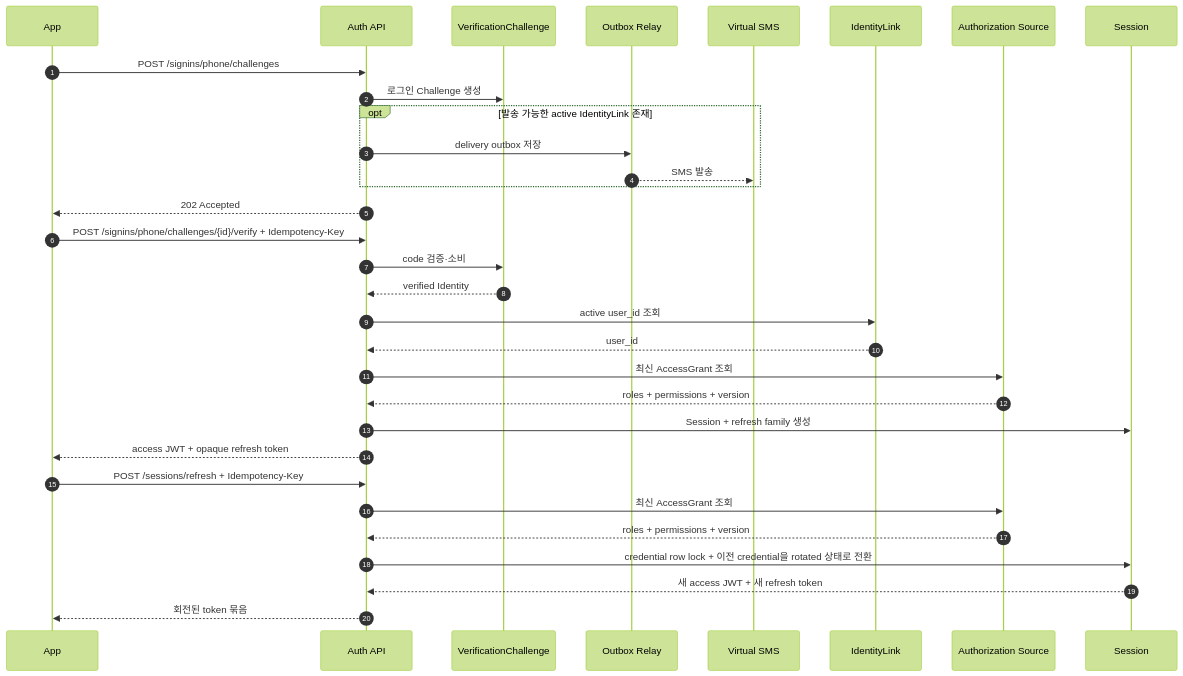
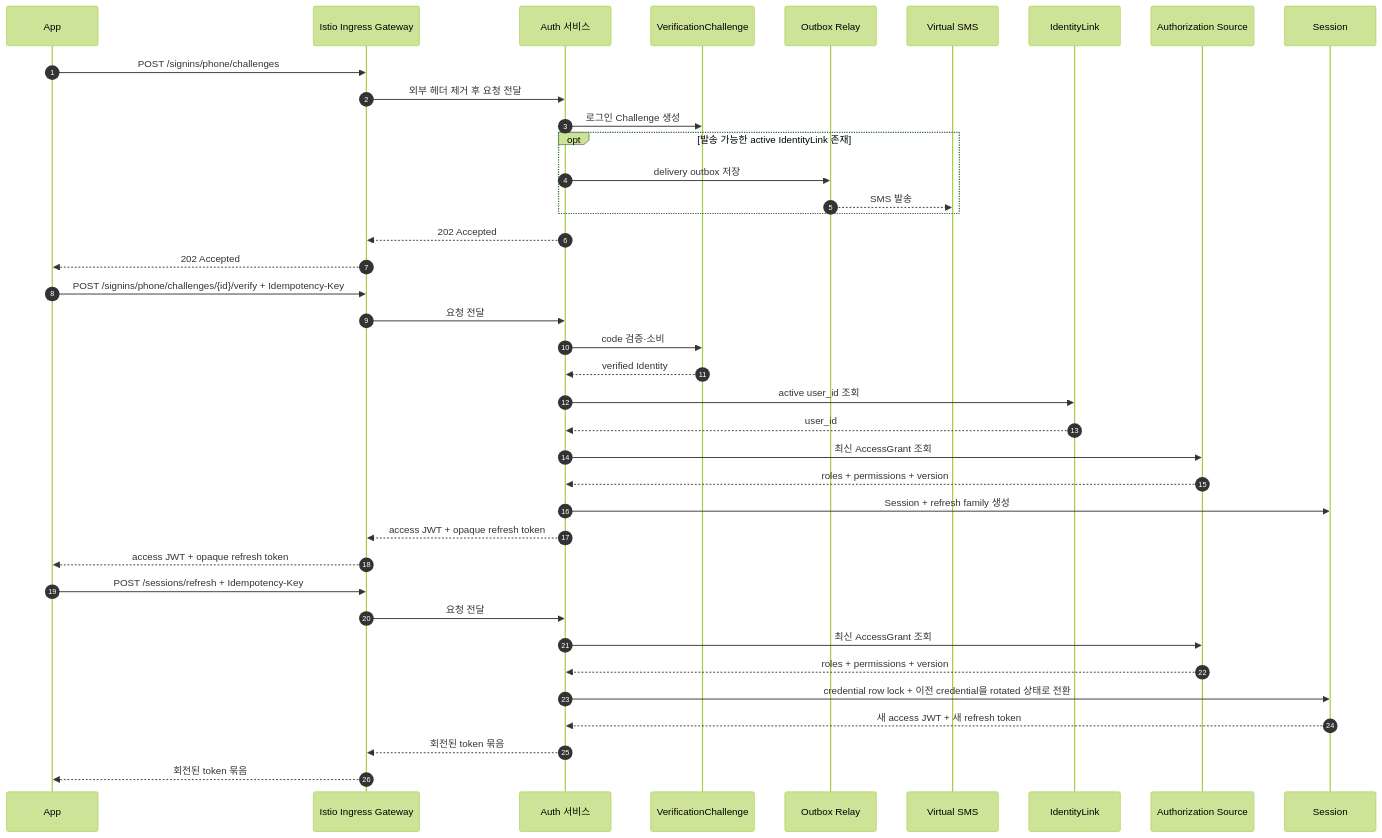
The diagram in blueprint/80-sequence/A_300_auth/SCN_A_300_02_phone_signin_refresh.md (Medikong/archive), drawn with Mermaid (forest theme) before and after one commit. The commit also changed other lines of this file and 61 other files, not shown here.

````diff
--- a/blueprint/80-sequence/A_300_auth/SCN_A_300_02_phone_signin_refresh.md
+++ b/blueprint/80-sequence/A_300_auth/SCN_A_300_02_phone_signin_refresh.md
@@ -37,35 +37,42 @@
 ```mermaid
 sequenceDiagram
     autonumber
     participant App
-    participant Auth as Auth API
+    participant Ingress as Istio Ingress Gateway
+    participant Auth as Auth 서비스
     participant Challenge as VerificationChallenge
     participant Relay as Outbox Relay
     participant Provider as Virtual SMS
     participant UserLink as IdentityLink
     participant Authz as Authorization Source
     participant Session
 
-    App->>Auth: POST /signins/phone/challenges
+    App->>Ingress: POST /signins/phone/challenges
+    Ingress->>Auth: 외부 헤더 제거 후 요청 전달
     Auth->>Challenge: 로그인 Challenge 생성
     opt 발송 가능한 active IdentityLink 존재
         Auth->>Relay: delivery outbox 저장
         Relay-->>Provider: SMS 발송
     end
-    Auth-->>App: 202 Accepted
-    App->>Auth: POST /signins/phone/challenges/{id}/verify + Idempotency-Key
+    Auth-->>Ingress: 202 Accepted
+    Ingress-->>App: 202 Accepted
+    App->>Ingress: POST /signins/phone/challenges/{id}/verify + Idempotency-Key
+    Ingress->>Auth: 요청 전달
     Auth->>Challenge: code 검증·소비
     Challenge-->>Auth: verified Identity
     Auth->>UserLink: active user_id 조회
     UserLink-->>Auth: user_id
     Auth->>Authz: 최신 AccessGrant 조회
     Authz-->>Auth: roles + permissions + version
     Auth->>Session: Session + refresh family 생성
-    Auth-->>App: access JWT + opaque refresh token
-    App->>Auth: POST /sessions/refresh + Idempotency-Key
+    Auth-->>Ingress: access JWT + opaque refresh token
+    Ingress-->>App: access JWT + opaque refresh token
+    App->>Ingress: POST /sessions/refresh + Idempotency-Key
+    Ingress->>Auth: 요청 전달
     Auth->>Authz: 최신 AccessGrant 조회
     Authz-->>Auth: roles + permissions + version
     Auth->>Session: credential row lock + 이전 credential을 rotated 상태로 전환
     Session-->>Auth: 새 access JWT + 새 refresh token
-    Auth-->>App: 회전된 token 묶음
+    Auth-->>Ingress: 회전된 token 묶음
+    Ingress-->>App: 회전된 token 묶음
 ```
````
